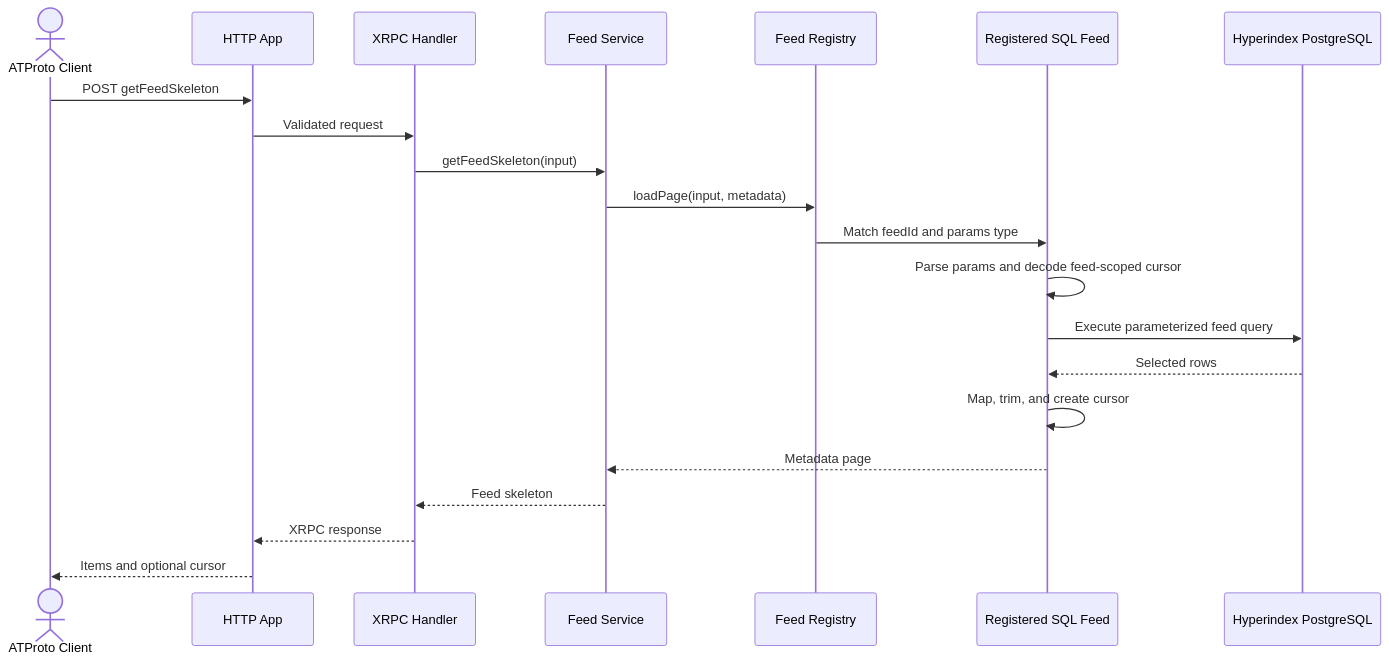
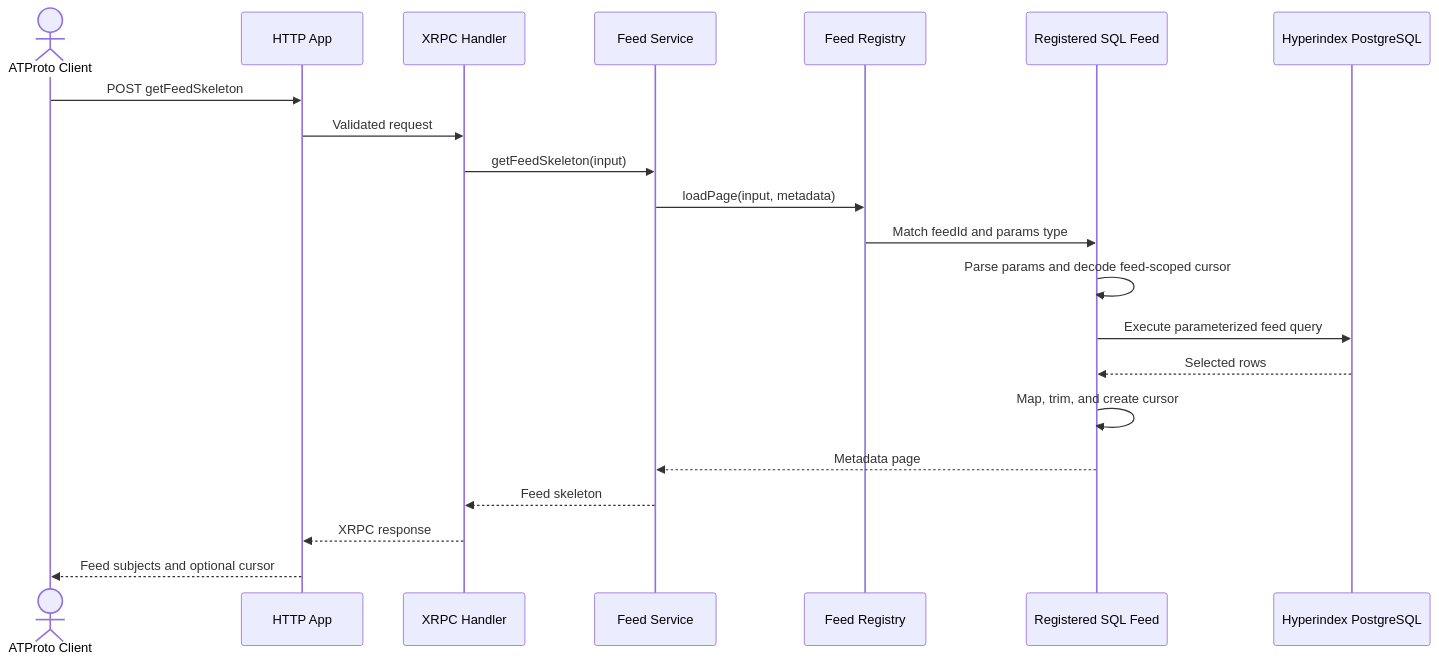
One commit to hypercerts-org/certified-feed-service changed the diagram in README.md. Above: the diagram before and after it, drawn with Mermaid. The commit also changed other lines of this file and 7 other files, not shown here.

Commit message:
feed: return URI-only skeleton subjects

````diff
--- a/README.md
+++ b/README.md
@@ -60,24 +55,24 @@
 ```mermaid
 sequenceDiagram
     actor Client as ATProto Client
     participant HTTP as HTTP App
     participant XRPC as XRPC Handler
     participant Service as Feed Service
     participant Registry as Feed Registry
     participant Feed as Registered SQL Feed
     participant DB as Hyperindex PostgreSQL
 
     Client->>HTTP: POST getFeedSkeleton
     HTTP->>XRPC: Validated request
     XRPC->>Service: getFeedSkeleton(input)
     Service->>Registry: loadPage(input, metadata)
     Registry->>Feed: Match feedId and params type
     Feed->>Feed: Parse params and decode feed-scoped cursor
     Feed->>DB: Execute parameterized feed query
     DB-->>Feed: Selected rows
     Feed->>Feed: Map, trim, and create cursor
     Feed-->>Service: Metadata page
     Service-->>XRPC: Feed skeleton
     XRPC-->>HTTP: XRPC response
-    HTTP-->>Client: Items and optional cursor
+    HTTP-->>Client: Feed subjects and optional cursor
 ```
````
